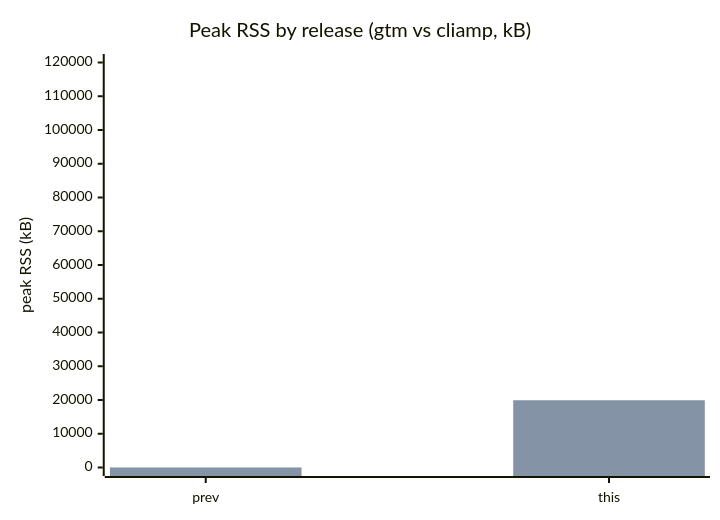
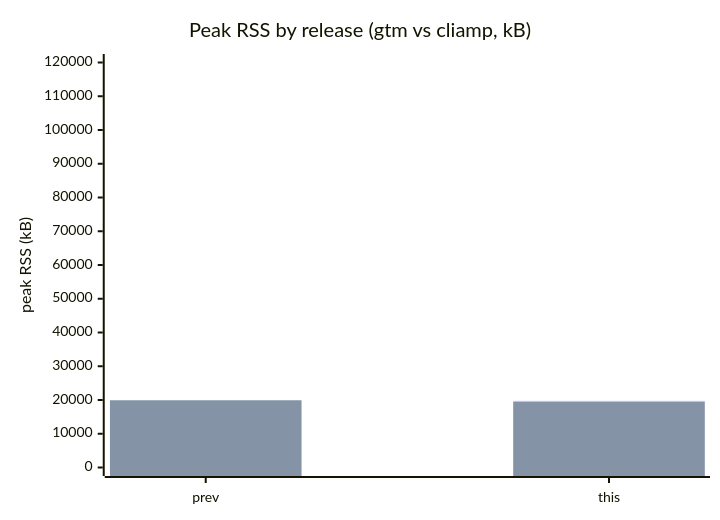
The first of 2 diagrams in BENCHMARK.md (prjctimg/gtm.rs), drawn with Mermaid before and after one commit. The commit also changed other lines of this file and 1 other file, not shown here.

````diff
--- a/BENCHMARK.md
+++ b/BENCHMARK.md
@@ -26,8 +26,8 @@
 ```mermaid
 xychart-beta
   title "Peak RSS by release (gtm vs cliamp, kB)"
   x-axis ["prev", "this"]
   y-axis "peak RSS (kB)" 0 --> 120000
-  bar [0, 19492]
-  bar [0, 19924]
+  bar [19492, 19860]
+  bar [19924, 19536]
 ```
````
